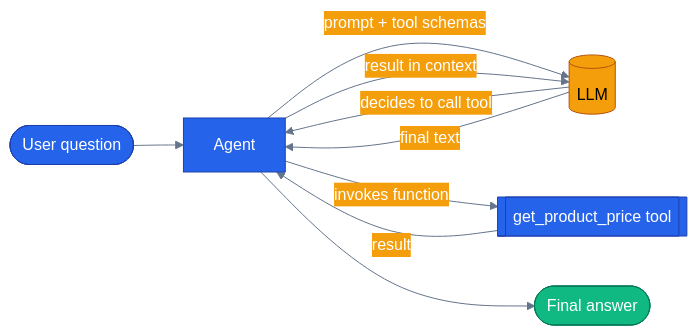
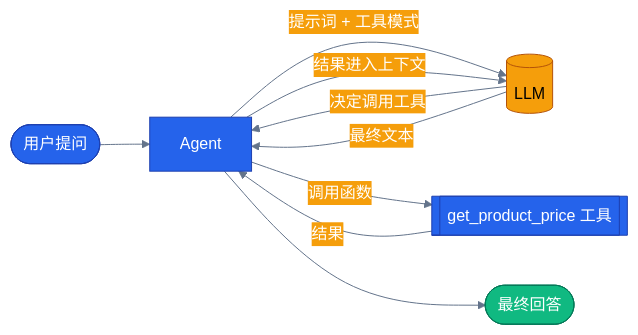
Before and after one commit to s1encisi/reliable-commerce-agents: the diagram in tutorials/02-add-tools/README.md, drawn with Mermaid. The commit also changed other lines of this file and 1033 other files, not shown here.

````diff
--- a/tutorials/02-add-tools/README.md
+++ b/tutorials/02-add-tools/README.md
@@ -26,30 +30,30 @@
 ```mermaid
 %%{init: {'theme':'base', 'themeVariables': {
   'primaryColor': '#2563eb','primaryTextColor': '#ffffff','primaryBorderColor': '#1e40af',
   'lineColor': '#64748b','secondaryColor': '#f59e0b','tertiaryColor': '#10b981',
   'background': 'transparent'}}}%%
 flowchart LR
   classDef core     fill:#2563eb,stroke:#1e40af,color:#ffffff
   classDef external fill:#f59e0b,stroke:#b45309,color:#000000
   classDef success  fill:#10b981,stroke:#047857,color:#ffffff
 
-  user([User question])
+  user([用户提问])
   agent[Agent]
   llm[(LLM)]
-  tool[[get_product_price tool]]
-  answer([Final answer])
+  tool[[get_product_price 工具]]
+  answer([最终回答])
 
   user --> agent
-  agent -- "prompt + tool schemas" --> llm
-  llm -- "decides to call tool" --> agent
-  agent -- "invokes function" --> tool
-  tool -- "result" --> agent
-  agent -- "result in context" --> llm
-  llm -- "final text" --> agent
+  agent -- "提示词 + 工具模式" --> llm
+  llm -- "决定调用工具" --> agent
+  agent -- "调用函数" --> tool
+  tool -- "结果" --> agent
+  agent -- "结果进入上下文" --> llm
+  llm -- "最终文本" --> agent
   agent --> answer
 
   class agent core
   class llm external
   class tool core
   class answer success
 ```
````
